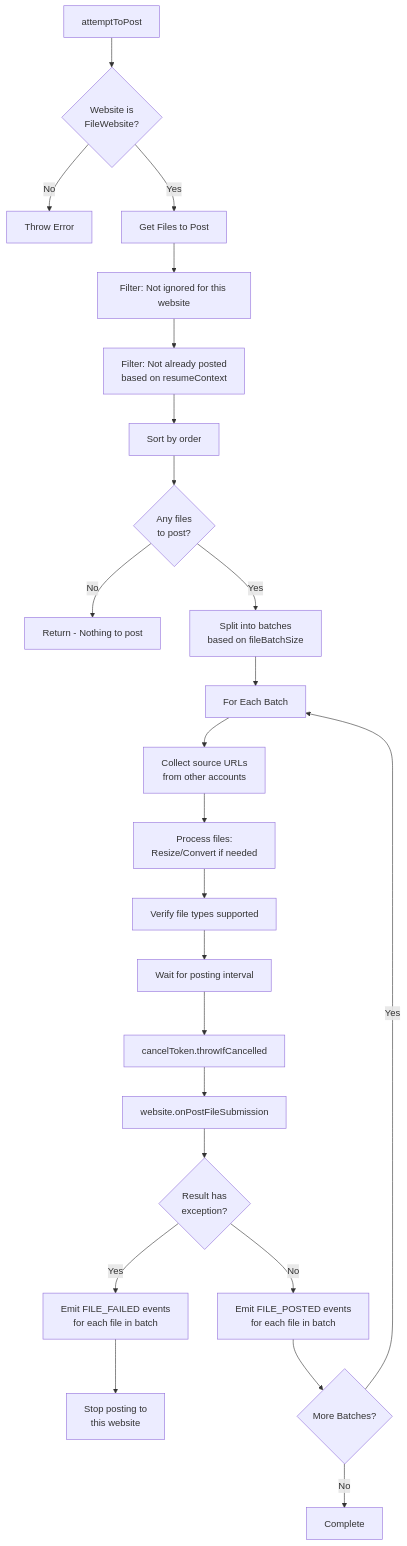
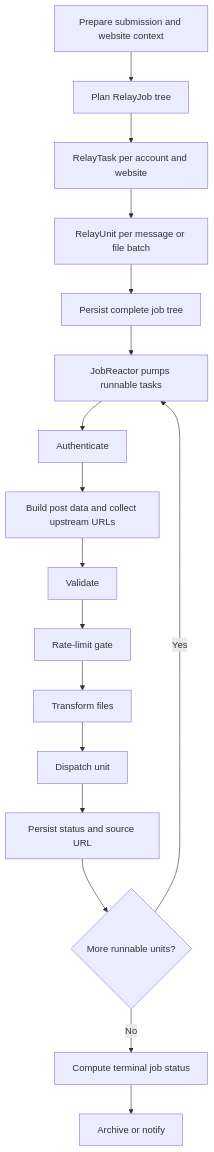
One commit to mvdicarlo/postybirb changed the third of 4 diagrams in docs/POST_QUEUE_FLOWS.md. Above: the diagram before and after it, drawn with Mermaid. The commit also changed other lines of this file and 18 other files, not shown here.

````diff
--- a/docs/POST_QUEUE_FLOWS.md
+++ b/docs/POST_QUEUE_FLOWS.md
@@ -194,37 +75,20 @@
 ```mermaid
 flowchart TD
-    A[attemptToPost] --> B{Website is<br/>FileWebsite?}
-    B -->|No| C[Throw Error]
+    A[Prepare submission and website context] --> B[Plan RelayJob tree]
+    B --> C[RelayTask per account and website]
+    C --> D[RelayUnit per message or file batch]
+    D --> E[Persist complete job tree]
+    E --> F[JobReactor pumps runnable tasks]
 
-    B -->|Yes| D[Get Files to Post]
-    D --> E[Filter: Not ignored for this website]
-    E --> F[Filter: Not already posted<br/>based on resumeContext]
-    F --> G[Sort by order]
-
-    G --> H{Any files<br/>to post?}
-    H -->|No| I[Return - Nothing to post]
-
-    H -->|Yes| J[Split into batches<br/>based on fileBatchSize]
-
-    J --> K[For Each Batch]
-
-    K --> L[Collect source URLs<br/>from other accounts]
-    L --> M[Process files:<br/>Resize/Convert if needed]
-    M --> N[Verify file types supported]
-
-    N --> O[Wait for posting interval]
-    O --> P[cancelToken.throwIfCancelled]
-
-    P --> Q[website.onPostFileSubmission]
-
-    Q --> R{Result has<br/>exception?}
-
-    R -->|Yes| S[Emit FILE_FAILED events<br/>for each file in batch]
-    S --> T[Stop posting to<br/>this website]
-
-    R -->|No| U[Emit FILE_POSTED events<br/>for each file in batch]
-    U --> V{More Batches?}
-
-    V -->|Yes| K
-    V -->|No| W[Complete]
+    F --> G[Authenticate]
+    G --> H[Build post data and collect upstream URLs]
+    H --> I[Validate]
+    I --> J[Rate-limit gate]
+    J --> K[Transform files]
+    K --> L[Dispatch unit]
+    L --> M[Persist status and source URL]
+    M --> N{More runnable units?}
+    N -->|Yes| F
+    N -->|No| O[Compute terminal job status]
+    O --> P[Archive or notify]
 ```
````
